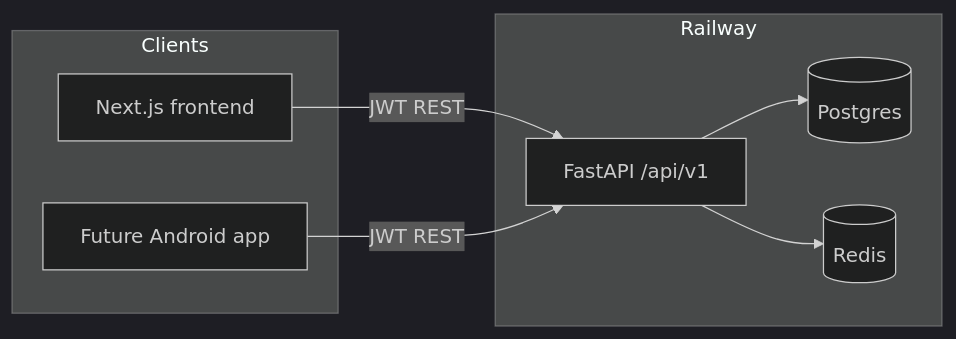
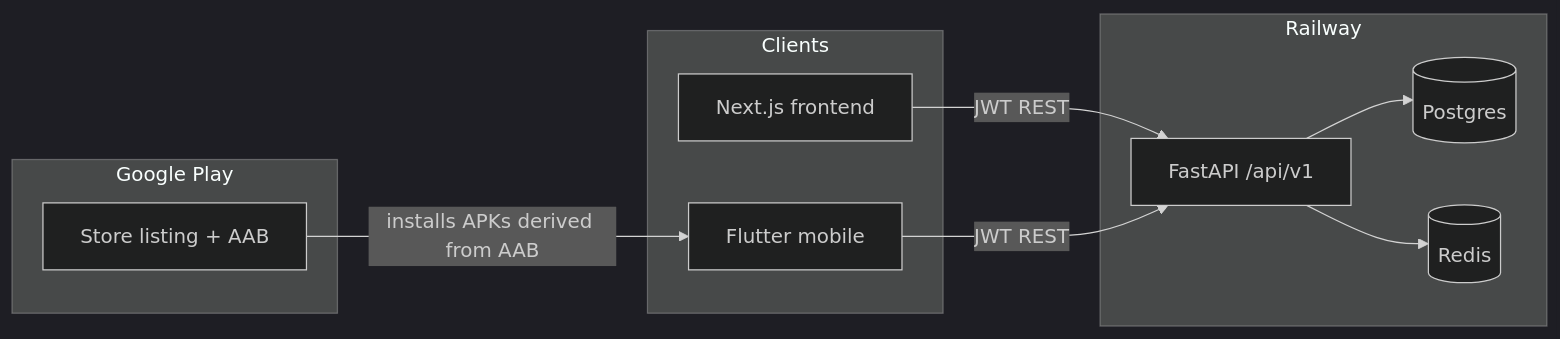
One commit to krishnaviswa/MEngPlat changed the diagram in ANDROID_APP_STRATEGY.md. Above: the diagram before and after it, drawn with Mermaid (dark theme). The commit also changed other lines of this file and 7 other files, not shown here.

First line of the commit message:
Refactor Android app strategy documentation and remove obsolete mobile setup log

````diff
--- a/ANDROID_APP_STRATEGY.md
+++ b/ANDROID_APP_STRATEGY.md
@@ -19,16 +26,20 @@
 ```mermaid
 flowchart LR
   subgraph clients [Clients]
     Web[Next.js frontend]
-    Android[Future Android app]
+    Android[Flutter mobile]
   end
   subgraph railway [Railway]
     API[FastAPI /api/v1]
     DB[(Postgres)]
     Redis[(Redis)]
   end
+  subgraph play [Google Play]
+    Store[Store listing + AAB]
+  end
   Web -->|JWT REST| API
   Android -->|JWT REST| API
   API --> DB
   API --> Redis
+  Store -->|installs APKs derived from AAB| Android
 ```
````
